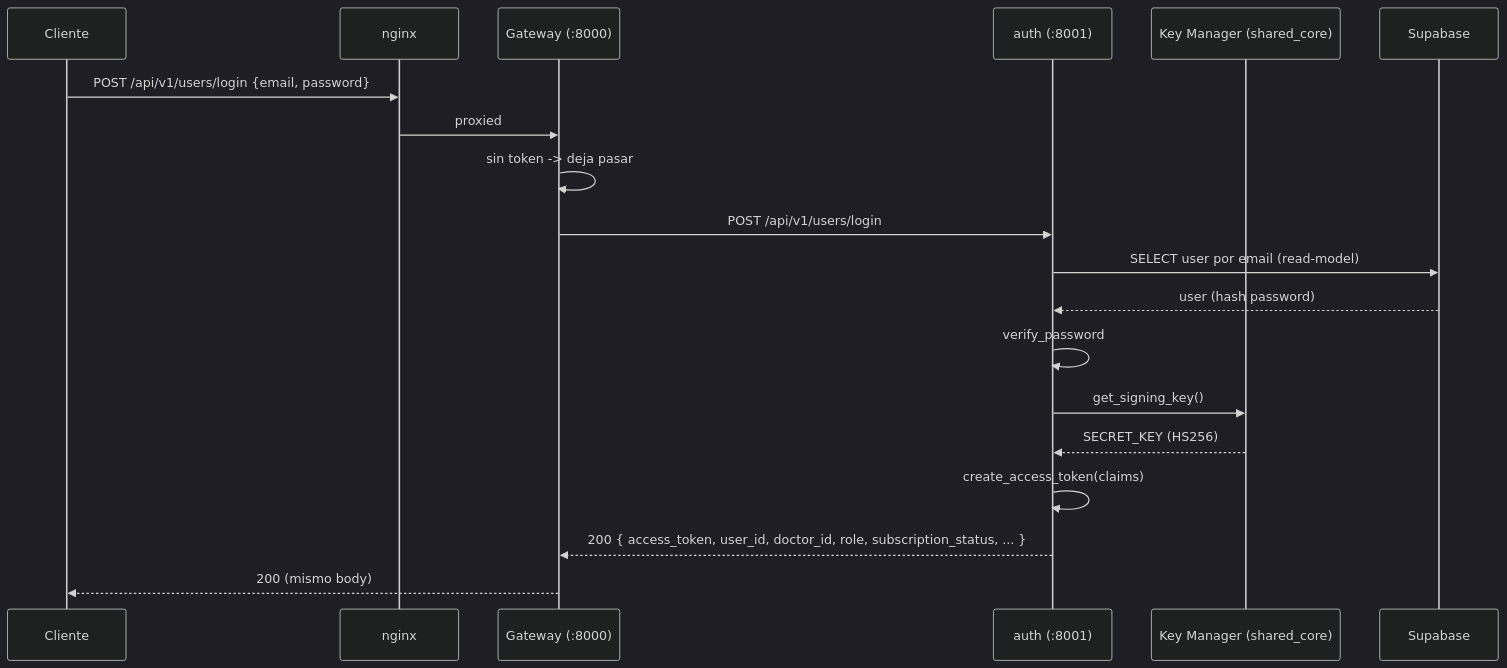
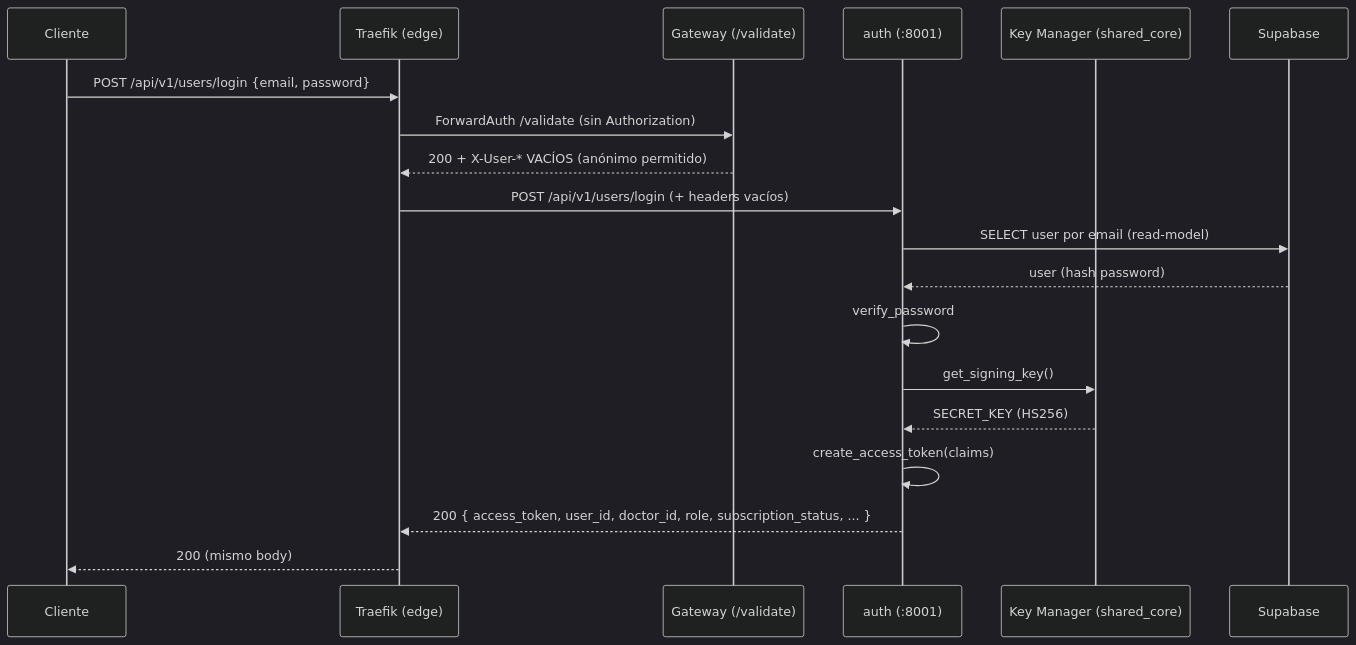
One commit to mdz48/salud_prenatal_backend changed the third of 6 diagrams in docs/arquitectura-microservicios.md. Above: the diagram before and after it, drawn with Mermaid (dark theme). The commit also changed other lines of this file and 25 other files, not shown here.

````diff
--- a/docs/arquitectura-microservicios.md
+++ b/docs/arquitectura-microservicios.md
@@ -236,22 +317,22 @@
 ```mermaid
 sequenceDiagram
     participant C as Cliente
-    participant N as nginx
-    participant G as Gateway (:8000)
+    participant T as Traefik (edge)
+    participant G as Gateway (/validate)
     participant A as auth (:8001)
     participant KM as Key Manager (shared_core)
     participant DB as Supabase
 
-    C->>N: POST /api/v1/users/login {email, password}
-    N->>G: proxied
-    G->>G: sin token -> deja pasar
-    G->>A: POST /api/v1/users/login
+    C->>T: POST /api/v1/users/login {email, password}
+    T->>G: ForwardAuth /validate (sin Authorization)
+    G-->>T: 200 + X-User-* VACÍOS (anónimo permitido)
+    T->>A: POST /api/v1/users/login (+ headers vacíos)
     A->>DB: SELECT user por email (read-model)
     DB-->>A: user (hash password)
     A->>A: verify_password
     A->>KM: get_signing_key()
     KM-->>A: SECRET_KEY (HS256)
     A->>A: create_access_token(claims)
-    A-->>G: 200 { access_token, user_id, doctor_id, role, subscription_status, ... }
-    G-->>C: 200 (mismo body)
+    A-->>T: 200 { access_token, user_id, doctor_id, role, subscription_status, ... }
+    T-->>C: 200 (mismo body)
 ```
````
